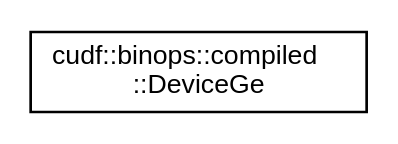
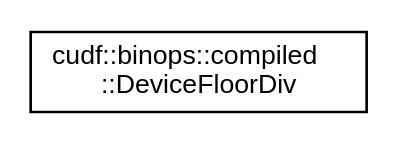
The diagram in libcudf/0.9.0/inherit_graph_29.dot (rapidsai/projects), drawn with Graphviz before and after one commit. The commit also changed 601 other files, not shown here.

```diff
--- a/libcudf/0.9.0/inherit_graph_29.dot
+++ b/libcudf/0.9.0/inherit_graph_29.dot
@@ -1,7 +1,7 @@
 digraph "Graphical Class Hierarchy"
 {
   edge [fontname="Helvetica",fontsize="10",labelfontname="Helvetica",labelfontsize="10"];
   node [fontname="Helvetica",fontsize="10",shape=record];
   rankdir="LR";
-  Node0 [label="cudf::binops::compiled\l::DeviceGe",height=0.2,width=0.4,color="black", fillcolor="white", style="filled",URL="$structcudf_1_1binops_1_1compiled_1_1DeviceGe.html"];
+  Node0 [label="cudf::binops::compiled\l::DeviceFloorDiv",height=0.2,width=0.4,color="black", fillcolor="white", style="filled",URL="$structcudf_1_1binops_1_1compiled_1_1DeviceFloorDiv.html"];
 }
```
